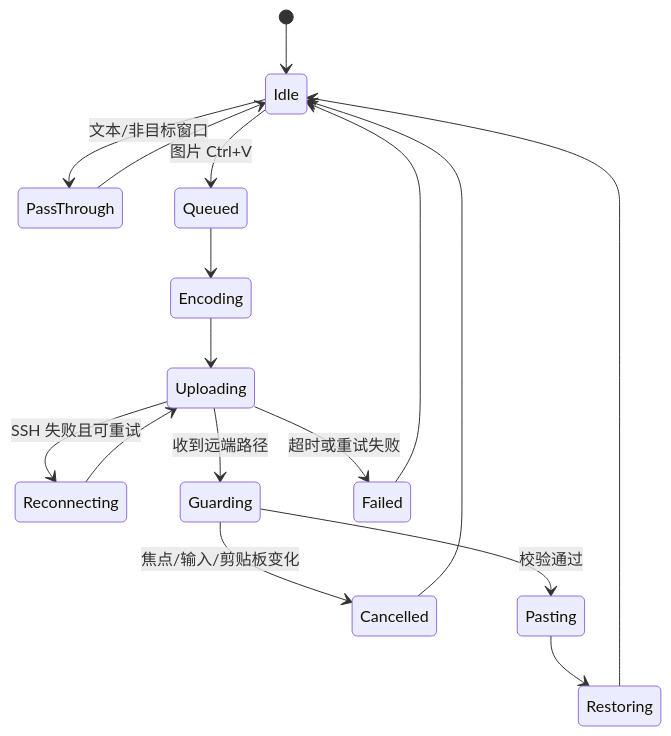
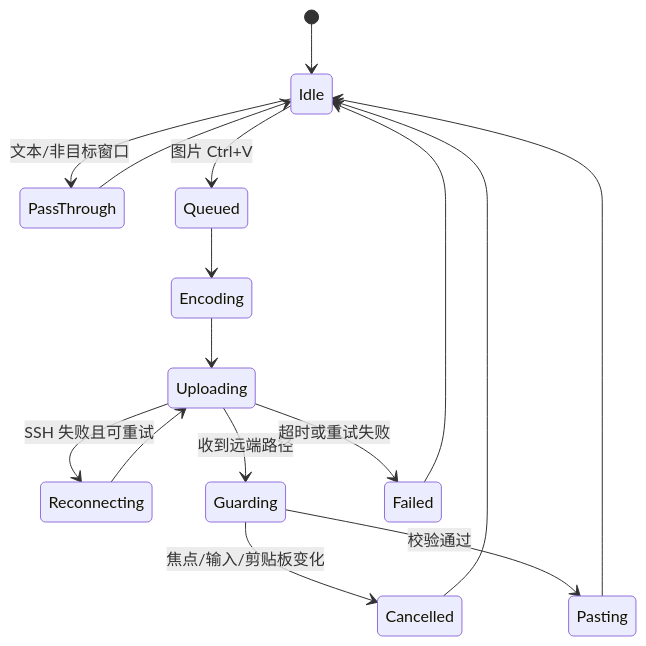
The fourth of 5 diagrams in docs/design.md (Empty-Jing/opencode-ssh-image-paste), drawn with Mermaid before and after one commit. The commit also changed other lines of this file and 23 other files, not shown here.

````diff
--- a/docs/design.md
+++ b/docs/design.md
@@ -127,19 +126,18 @@
 ```mermaid
 stateDiagram-v2
     [*] --> Idle
     Idle --> PassThrough: 文本/非目标窗口
     PassThrough --> Idle
     Idle --> Queued: 图片 Ctrl+V
     Queued --> Encoding
     Encoding --> Uploading
     Uploading --> Reconnecting: SSH 失败且可重试
     Reconnecting --> Uploading
     Uploading --> Guarding: 收到远端路径
     Guarding --> Cancelled: 焦点/输入/剪贴板变化
     Guarding --> Pasting: 校验通过
-    Pasting --> Restoring
-    Restoring --> Idle
+    Pasting --> Idle
     Cancelled --> Idle
     Uploading --> Failed: 超时或重试失败
     Failed --> Idle
 ```
````
